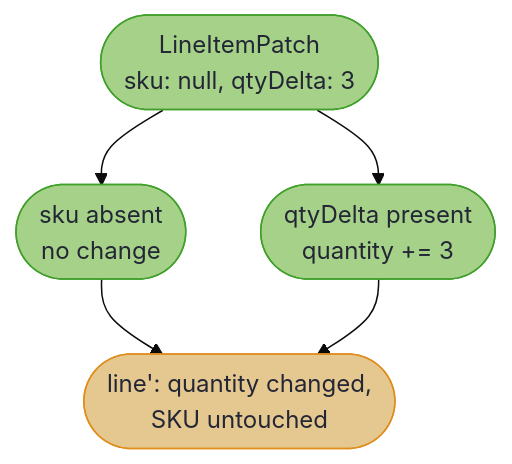
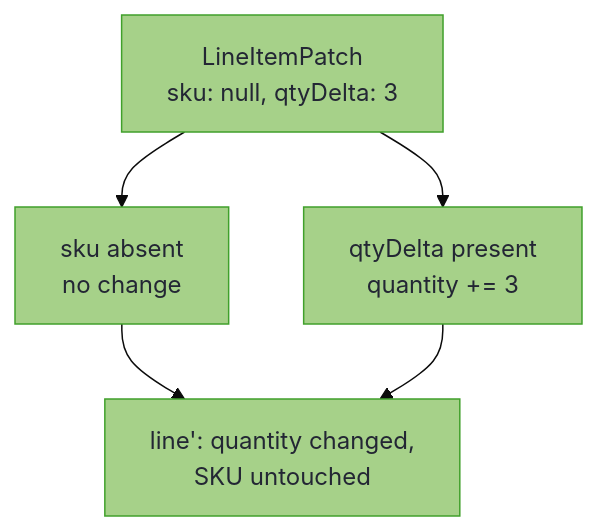
Before and after one commit to higher-kinded-j/higher-kinded-j: the first of 4 diagrams in hkj-book/src/optics/multi_edit.md, drawn with Mermaid (base theme). The commit also changed other lines of this file and 24 other files, not shown here.

````diff
--- a/hkj-book/src/optics/multi_edit.md
+++ b/hkj-book/src/optics/multi_edit.md
@@ -67,15 +67,15 @@
 ```mermaid
 flowchart TD
     accTitle: A sparse request, field by field
     accDescr: A request with no SKU and a quantity delta of 3. The absent SKU changes nothing and the quantity grows by 3, so the line comes back with its quantity changed and its SKU untouched.
-    Req(["LineItemPatch<br/>sku: null, qtyDelta: 3"])
-    Req --> S(["sku absent<br/>no change"])
-    Req --> Q(["qtyDelta present<br/>quantity += 3"])
-    S --> Out(["line': quantity changed,<br/>SKU untouched"])
+    Req["LineItemPatch<br/>sku: null, qtyDelta: 3"]
+    Req --> S["sku absent<br/>no change"]
+    Req --> Q["qtyDelta present<br/>quantity += 3"]
+    S --> Out["line': quantity changed,<br/>SKU untouched"]
     Q --> Out
 
     classDef tier fill:#a6d189,stroke:#40a02b,color:#232634
-    classDef out fill:#e5c890,stroke:#df8e1d,color:#232634
+    classDef out fill:#a6d189,stroke:#40a02b,color:#232634
     class Req,S,Q tier
     class Out out
 ```
````
